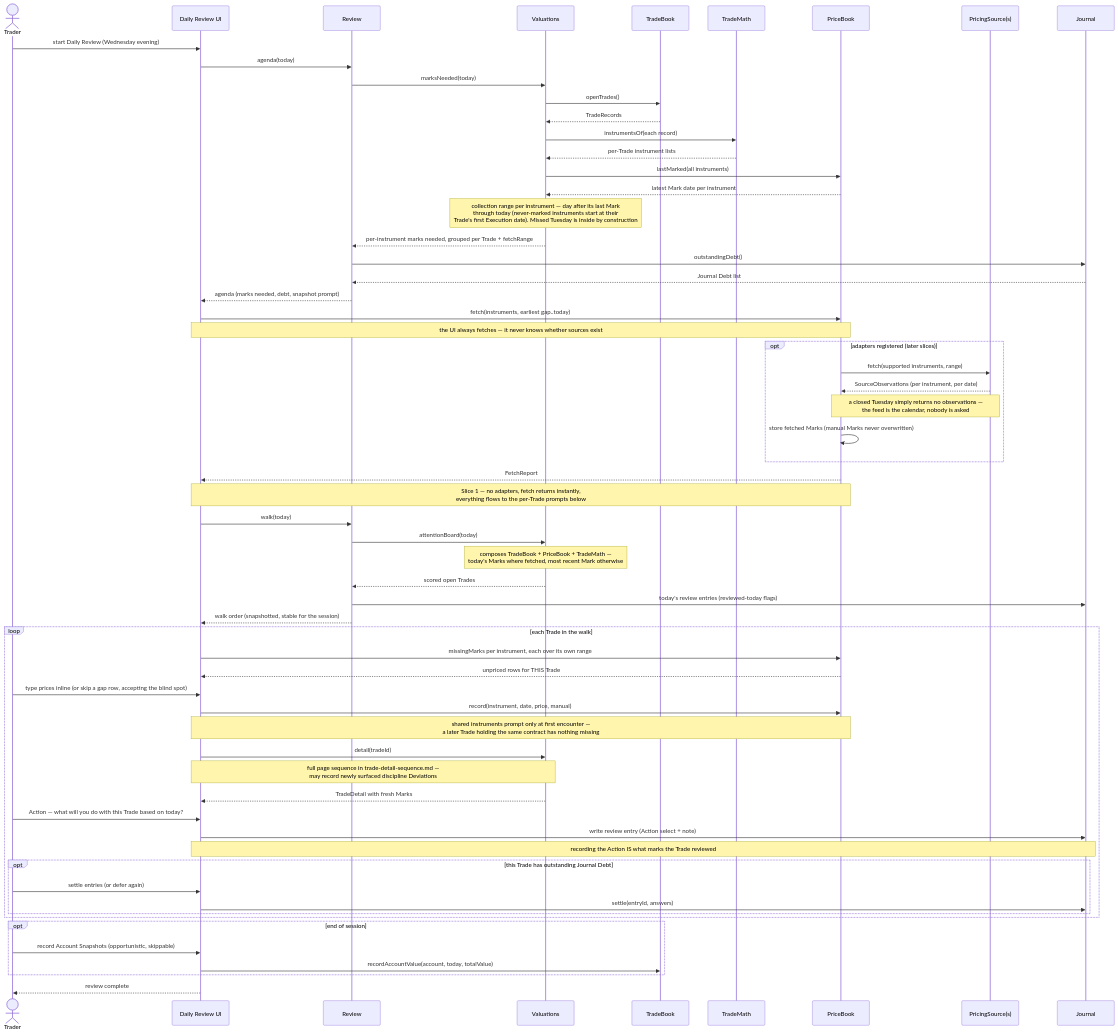
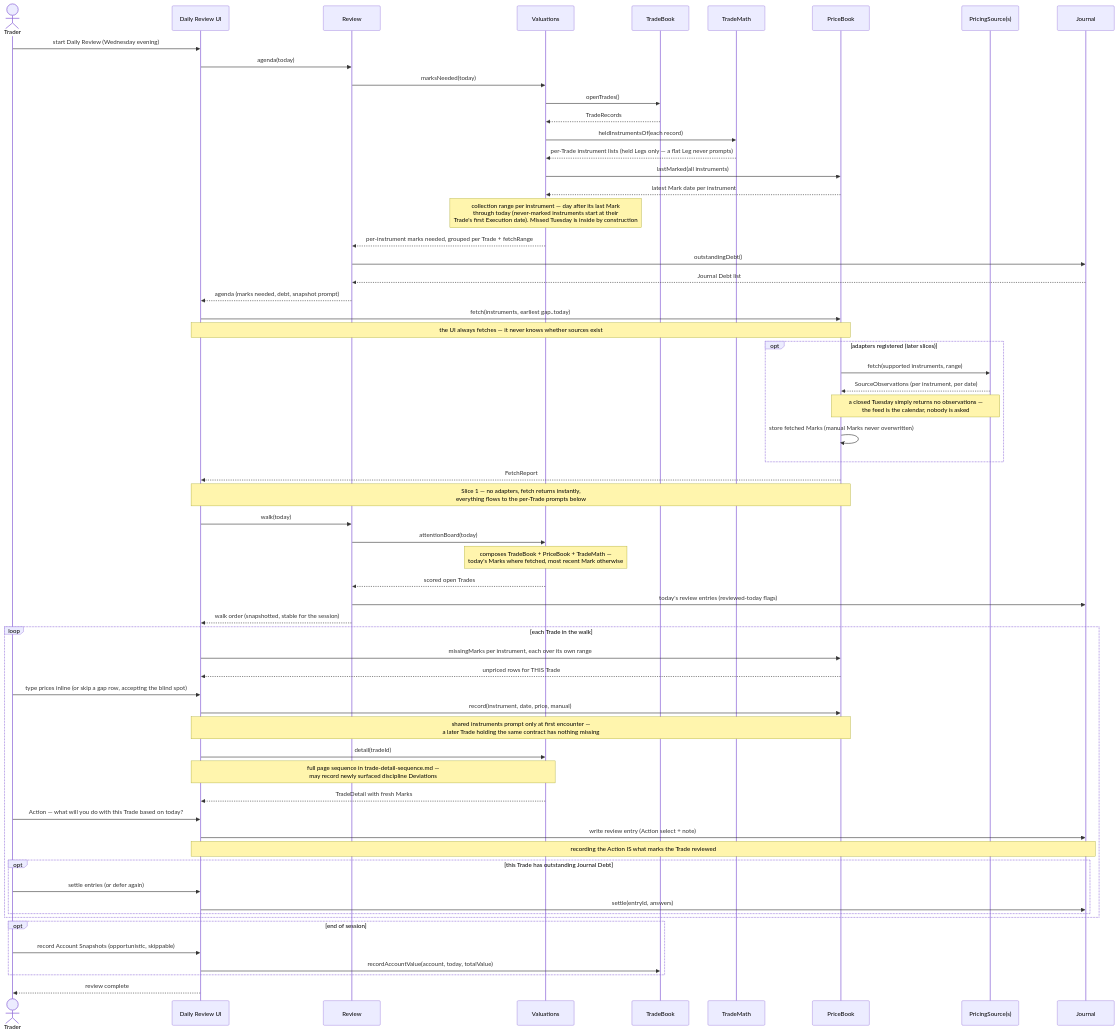
The first of 2 diagrams in docs/design/review.md (ckolbegger/trade-journal-v3), drawn with Mermaid before and after one commit. The commit also changed 4 other files, not shown here.

Commit message:
Ruling: marksNeeded reads held Legs only — flat expired option Legs stop prompting

````diff
--- a/docs/design/review.md
+++ b/docs/design/review.md
@@ -54,69 +54,69 @@
 ```mermaid
 sequenceDiagram
     actor T as Trader
     participant UI as Daily Review UI
     participant R as Review
     participant V as Valuations
     participant TB as TradeBook
     participant TM as TradeMath
     participant PB as PriceBook
     participant PS as PricingSource(s)
     participant J as Journal
 
     T->>UI: start Daily Review (Wednesday evening)
     UI->>R: agenda(today)
     R->>V: marksNeeded(today)
     V->>TB: openTrades()
     TB-->>V: TradeRecords
-    V->>TM: instrumentsOf(each record)
-    TM-->>V: per-Trade instrument lists
+    V->>TM: heldInstrumentsOf(each record)
+    TM-->>V: per-Trade instrument lists (held Legs only — a flat Leg never prompts)
     V->>PB: lastMarked(all instruments)
     PB-->>V: latest Mark date per instrument
     Note over V: collection range per instrument — day after its last Mark<br/>through today (never-marked instruments start at their<br/>Trade's first Execution date). Missed Tuesday is inside by construction
     V-->>R: per-instrument marks needed, grouped per Trade + fetchRange
     R->>J: outstandingDebt()
     J-->>R: Journal Debt list
     R-->>UI: agenda (marks needed, debt, snapshot prompt)
 
     UI->>PB: fetch(instruments, earliest gap..today)
     Note over UI,PB: the UI always fetches — it never knows whether sources exist
     opt adapters registered (later slices)
         PB->>PS: fetch(supported instruments, range)
         PS-->>PB: SourceObservations (per instrument, per date)
         Note over PB,PS: a closed Tuesday simply returns no observations —<br/>the feed is the calendar, nobody is asked
         PB->>PB: store fetched Marks (manual Marks never overwritten)
     end
     PB-->>UI: FetchReport
     Note over UI,PB: Slice 1 — no adapters, fetch returns instantly,<br/>everything flows to the per-Trade prompts below
 
     UI->>R: walk(today)
     R->>V: attentionBoard(today)
     Note over V: composes TradeBook + PriceBook + TradeMath —<br/>today's Marks where fetched, most recent Mark otherwise
     V-->>R: scored open Trades
     R->>J: today's review entries (reviewed-today flags)
     R-->>UI: walk order (snapshotted, stable for the session)
 
     loop each Trade in the walk
         UI->>PB: missingMarks per instrument, each over its own range
         PB-->>UI: unpriced rows for THIS Trade
         T->>UI: type prices inline (or skip a gap row, accepting the blind spot)
         UI->>PB: record(instrument, date, price, manual)
         Note over UI,PB: shared instruments prompt only at first encounter —<br/>a later Trade holding the same contract has nothing missing
         UI->>V: detail(tradeId)
         Note over UI,V: full page sequence in trade-detail-sequence.md —<br/>may record newly surfaced discipline Deviations
         V-->>UI: TradeDetail with fresh Marks
         T->>UI: Action — what will you do with this Trade based on today?
         UI->>J: write review entry (Action select + note)
         Note over UI,J: recording the Action IS what marks the Trade reviewed
         opt this Trade has outstanding Journal Debt
             T->>UI: settle entries (or defer again)
             UI->>J: settle(entryId, answers)
         end
     end
 
     opt end of session
         T->>UI: record Account Snapshots (opportunistic, skippable)
         UI->>TB: recordAccountValue(account, today, totalValue)
     end
     UI-->>T: review complete
 ```
````
